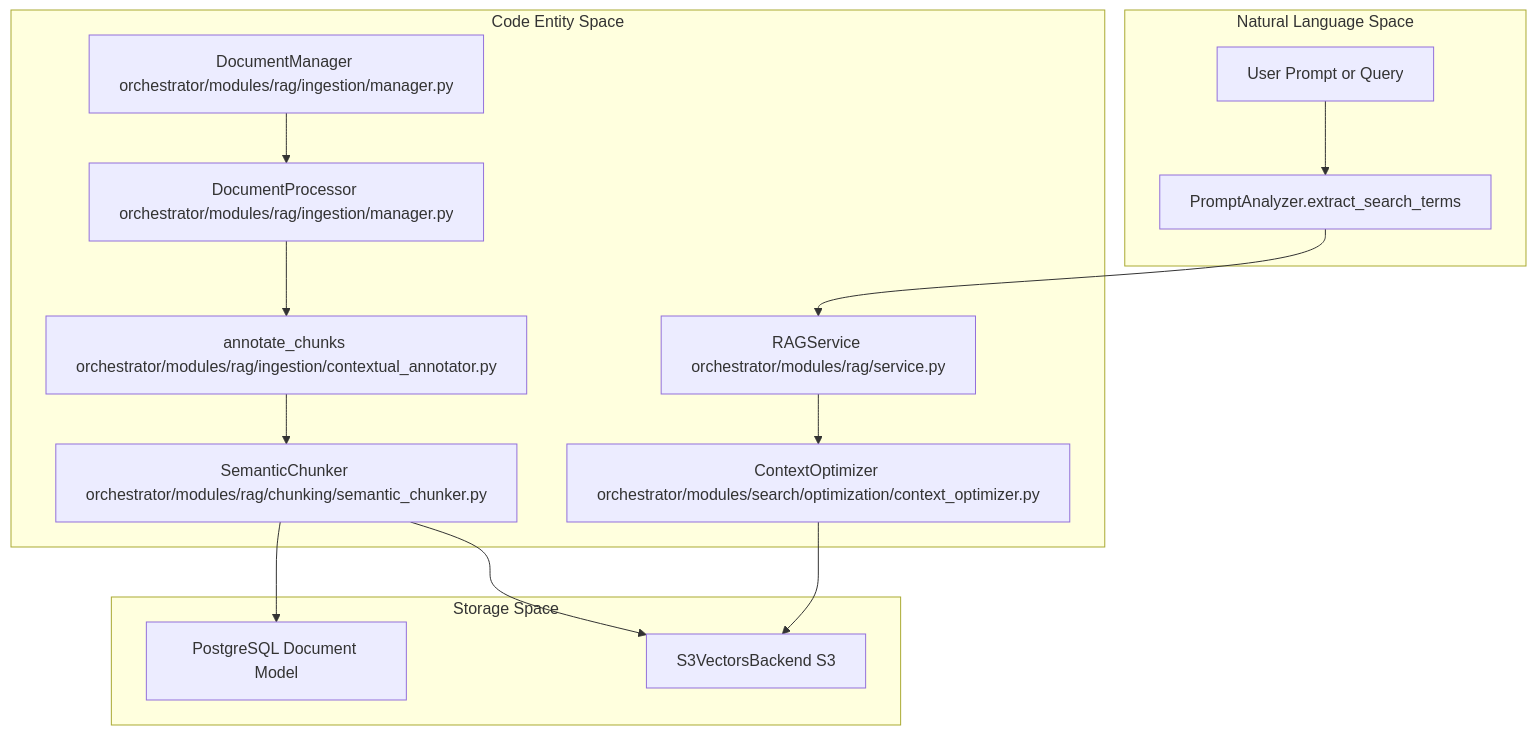
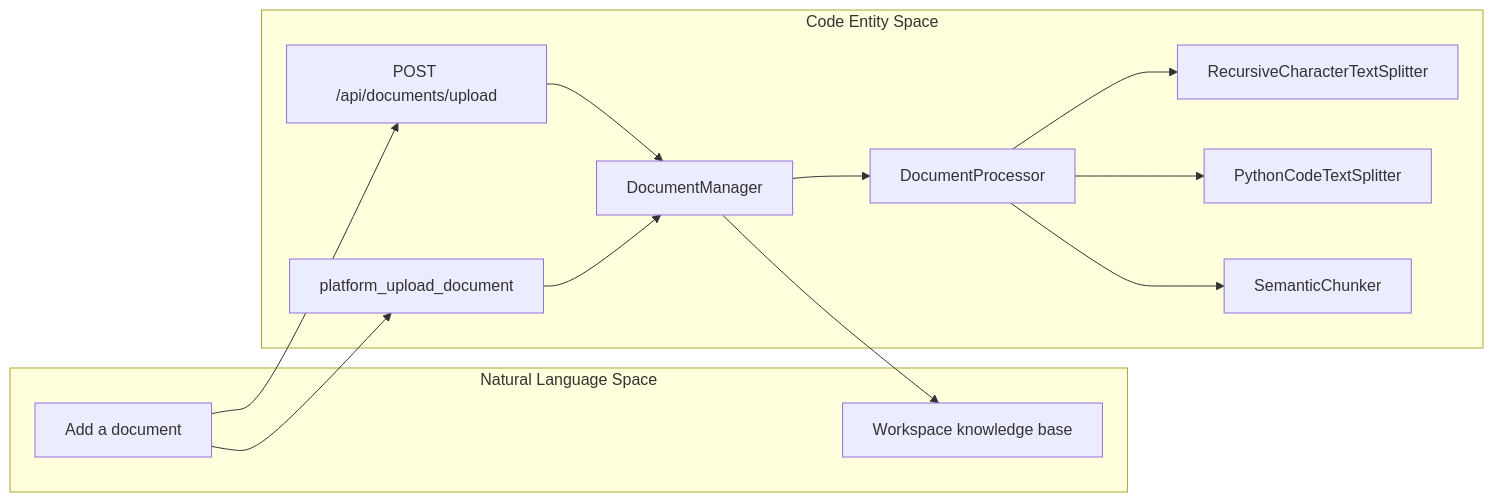
One commit to AutomatosAI/automatos-ai changed the first of 2 diagrams in docs/knowledge-base-rag/_index.md. Above: the diagram before and after it, drawn with Mermaid. The commit also changed other lines of this file and 188 other files, not shown here.

First line of the commit message:
docs: refresh architecture docs and add coverage for new subsystems (#1416)

````diff
--- a/docs/knowledge-base-rag/_index.md
+++ b/docs/knowledge-base-rag/_index.md
@@ -42,32 +49,27 @@
 ```mermaid
-graph TB
+graph LR
     subgraph "Natural Language Space"
-        UserQuery["User Prompt or Query"]
-        SearchTerms["PromptAnalyzer.extract_search_terms"]
+        Upload["Add a document"]
+        Stored["Workspace knowledge base"]
     end
 
     subgraph "Code Entity Space"
-        DocManager["DocumentManager orchestrator/modules/rag/ingestion/manager.py"]
-        Proc["DocumentProcessor orchestrator/modules/rag/ingestion/manager.py"]
-        Annotator["annotate_chunks orchestrator/modules/rag/ingestion/contextual_annotator.py"]
-        Chunker["SemanticChunker orchestrator/modules/rag/chunking/semantic_chunker.py"]
-        Svc["RAGService orchestrator/modules/rag/service.py"]
-        Opt["ContextOptimizer orchestrator/modules/search/optimization/context_optimizer.py"]
+        UploadRoute["POST /api/documents/upload"]
+        PlatformUploadTool["platform_upload_document"]
+        Manager["DocumentManager"]
+        Processor["DocumentProcessor"]
+        Splitter["RecursiveCharacterTextSplitter"]
+        CodeSplitter["PythonCodeTextSplitter"]
+        Chunker["SemanticChunker"]
     end
 
-    subgraph "Storage Space"
-        PG["PostgreSQL Document Model"]
-        S3V["S3VectorsBackend S3"]
-    end
-
-    UserQuery --> SearchTerms
-    SearchTerms --> Svc
-    Svc --> Opt
-    Opt --> S3V
-    
-    DocManager --> Proc
-    Proc --> Annotator
-    Annotator --> Chunker
-    Chunker --> PG
-    Chunker --> S3V
+    Upload --> UploadRoute
+    Upload --> PlatformUploadTool
+    UploadRoute --> Manager
+    PlatformUploadTool --> Manager
+    Manager --> Processor
+    Processor --> Splitter
+    Processor --> CodeSplitter
+    Processor --> Chunker
+    Manager --> Stored
 ```
````
